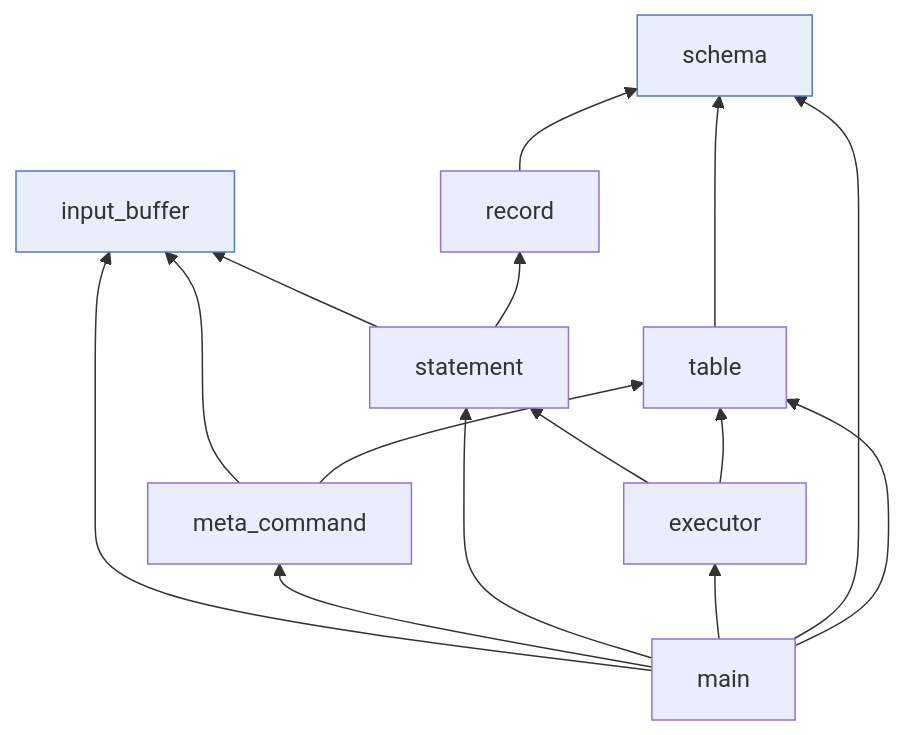
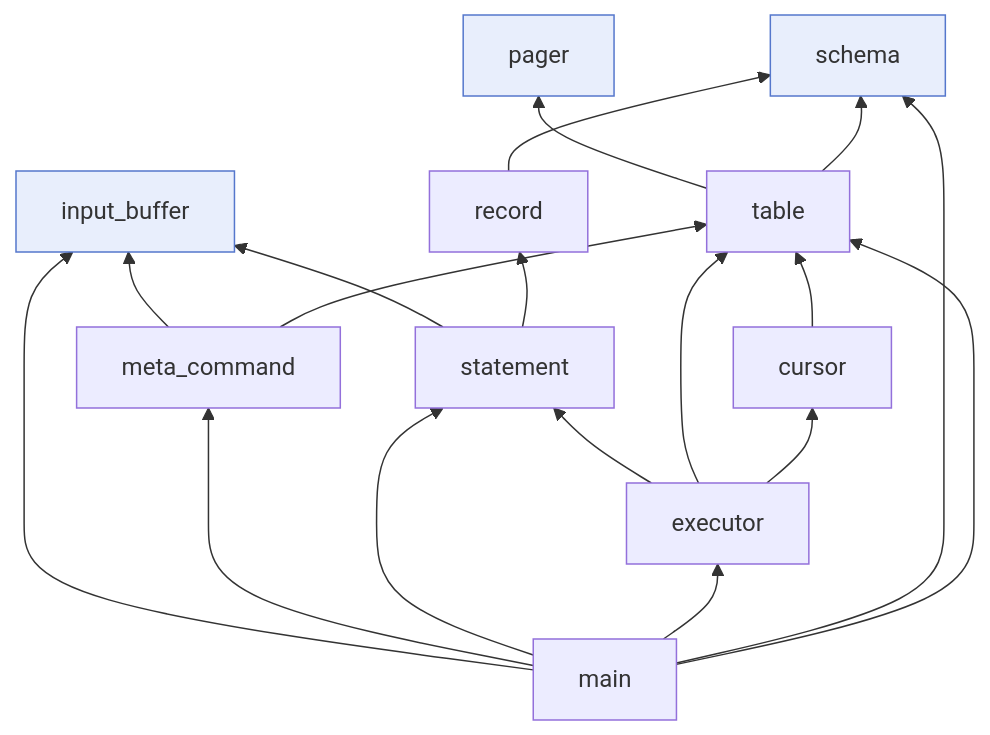
One commit to Rohitangshu2026/mini-sql changed the third of 14 diagrams in README.md. Above: the diagram before and after it, drawn with Mermaid. The commit also changed other lines of this file, not shown here.

Commit message:
docs: update README for disk persistence and the cursor abstraction

````diff
--- a/README.md
+++ b/README.md
@@ -188,21 +202,24 @@
 ```mermaid
 flowchart BT
     main --> input_buffer
     main --> meta_command
     main --> statement
     main --> executor
     main --> schema
     main --> table
 
     meta_command --> input_buffer
     meta_command --> table
     statement --> input_buffer
     statement --> record
     executor --> statement
     executor --> table
+    executor --> cursor
+    cursor --> table
+    table --> pager
+    table --> schema
     record --> schema
-    table --> schema
 
     classDef leaf fill:#e8eefc,stroke:#5577cc;
-    class schema,input_buffer leaf;
+    class schema,input_buffer,pager leaf;
 ```
````
